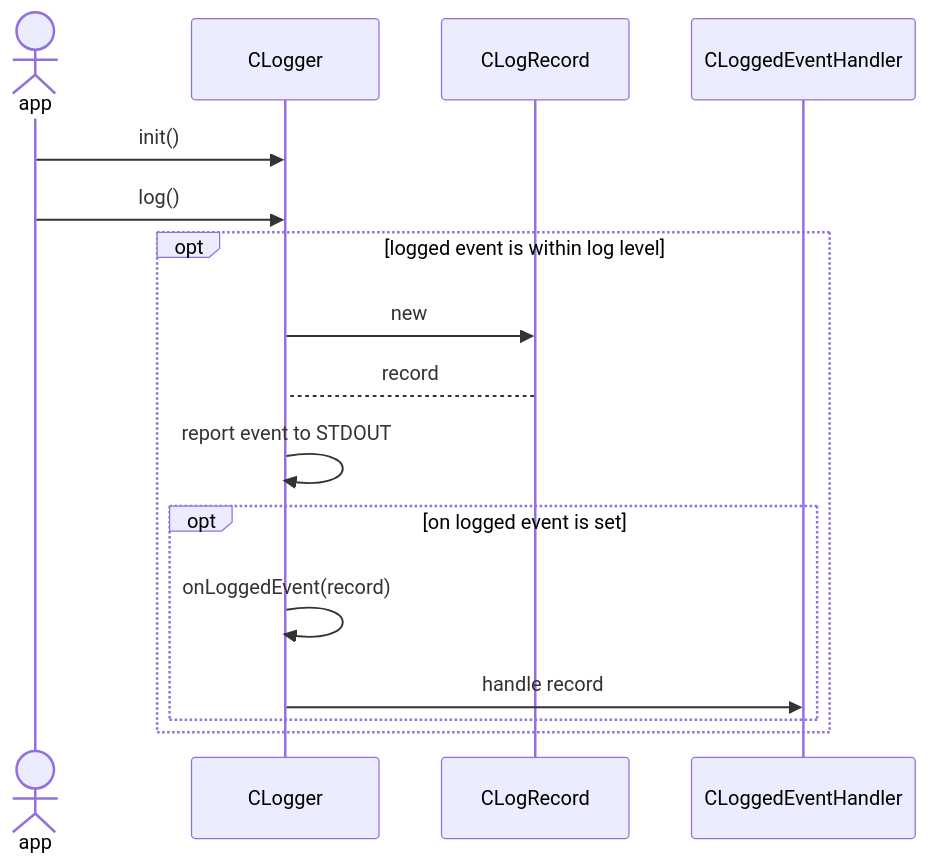
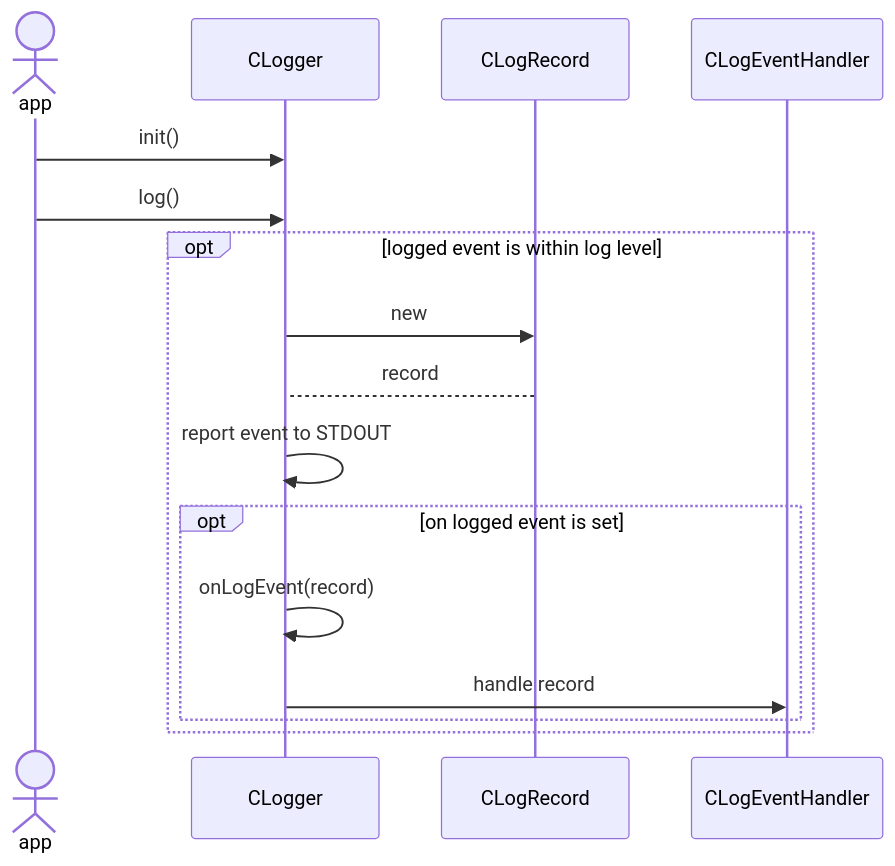
Before and after one commit to CodeMelted/codemelted_developer: the second of 2 diagrams in use_cases/core/logger.md, drawn with Mermaid. The commit also changed other lines of this file and 2 other files, not shown here.

````diff
--- a/use_cases/core/logger.md
+++ b/use_cases/core/logger.md
@@ -145,19 +142,19 @@
 ```mermaid
 sequenceDiagram
   actor app
   participant CLogger
   participant CLogRecord
-  participant CLoggedEventHandler
+  participant CLogEventHandler
 
   app ->> CLogger: init()
   app ->> CLogger: log()
   opt logged event is within log level
     CLogger ->> CLogRecord: new
     CLogRecord --> CLogger: record
     CLogger ->> CLogger: report event to STDOUT
     opt on logged event is set
-      CLogger ->> CLogger: onLoggedEvent(record)
-      CLogger ->> CLoggedEventHandler: handle record
+      CLogger ->> CLogger: onLogEvent(record)
+      CLogger ->> CLogEventHandler: handle record
     end
   end
 ```
````
